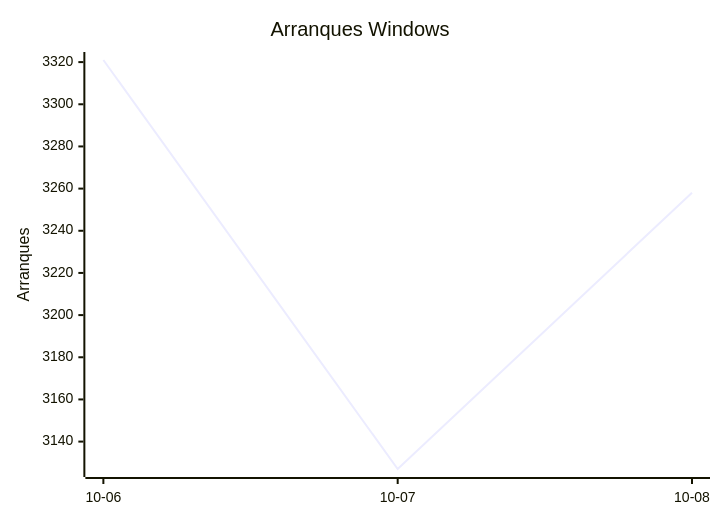
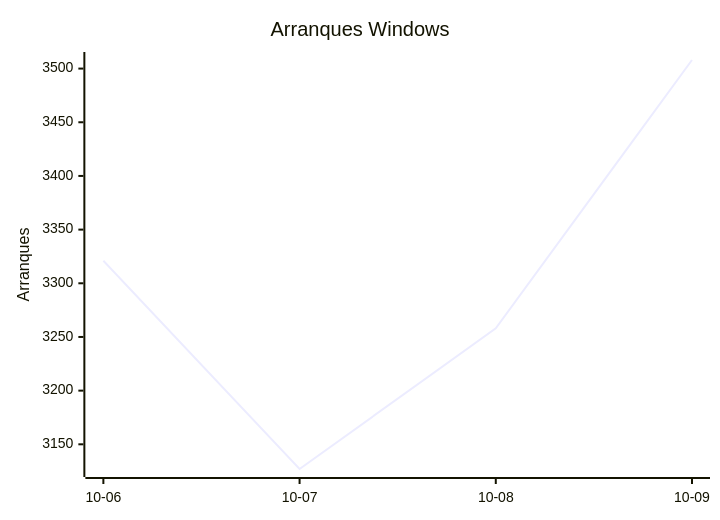
Before and after one commit to EmuDeck/stats: the third of 8 diagrams in README.md, drawn with Mermaid. The commit also changed other lines of this file and 2 other files, not shown here.

````diff
--- a/README.md
+++ b/README.md
@@ -34,7 +34,7 @@
 ```mermaid
 xychart-beta
     title "Arranques Windows"
-    x-axis ["10-06", "10-07", "10-08"]
+    x-axis ["10-06", "10-07", "10-08", "10-09"]
     y-axis "Arranques"
-    line [3321, 3127, 3258]
+    line [3321, 3127, 3258, 3508]
 ```
````
